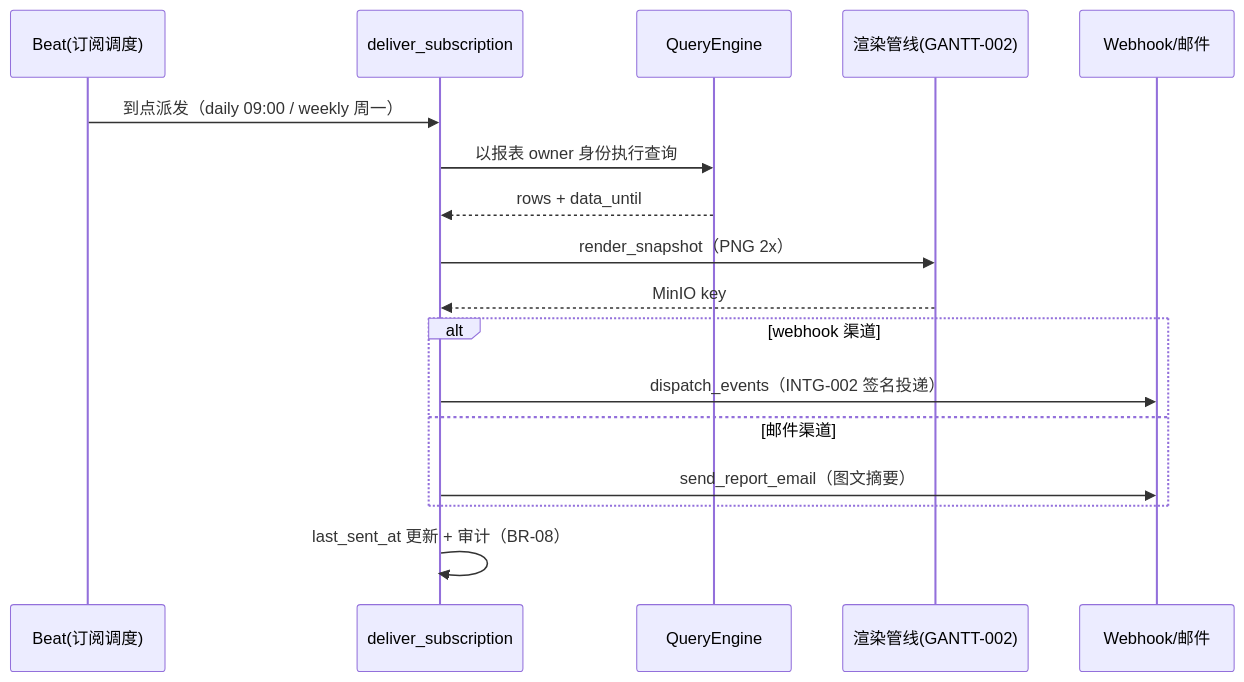
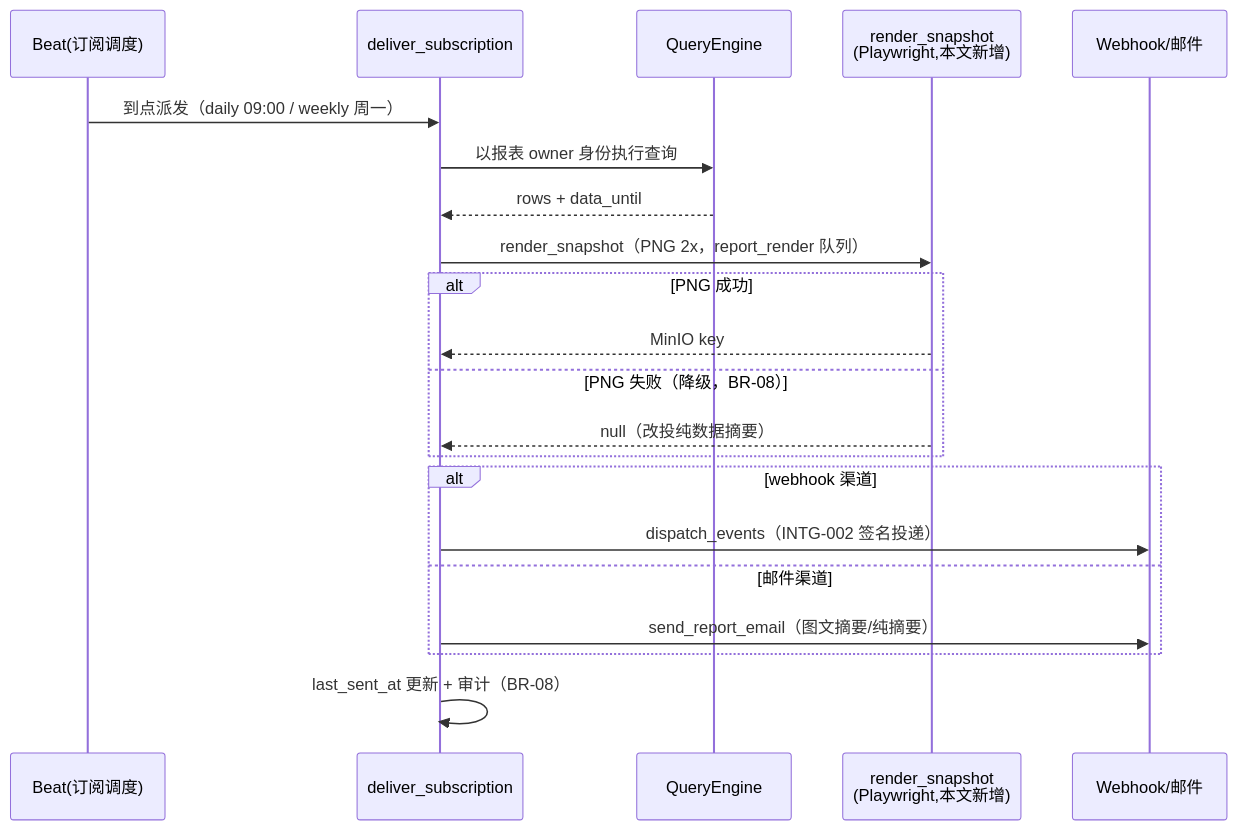
One commit to RabbitAI-Lab/RabbitProjects changed the second of 2 diagrams in docs/sprint-future-p4/RPT-005-dashboard.md. Above: the diagram before and after it, drawn with Mermaid. The commit also changed other lines of this file and 10 other files, not shown here.

````diff
--- a/docs/sprint-future-p4/RPT-005-dashboard.md
+++ b/docs/sprint-future-p4/RPT-005-dashboard.md
@@ -347,20 +364,24 @@
 ```mermaid
 sequenceDiagram
     participant B as Beat(订阅调度)
     participant T as deliver_subscription
     participant E as QueryEngine
-    participant R as 渲染管线(GANTT-002)
+    participant R as render_snapshot<br/>(Playwright,本文新增)
     participant W as Webhook/邮件
 
     B->>T: 到点派发（daily 09:00 / weekly 周一）
     T->>E: 以报表 owner 身份执行查询
     E-->>T: rows + data_until
-    T->>R: render_snapshot（PNG 2x）
-    R-->>T: MinIO key
+    T->>R: render_snapshot（PNG 2x，report_render 队列）
+    alt PNG 成功
+        R-->>T: MinIO key
+    else PNG 失败（降级，BR-08）
+        R-->>T: null（改投纯数据摘要）
+    end
     alt webhook 渠道
         T->>W: dispatch_events（INTG-002 签名投递）
     else 邮件渠道
-        T->>W: send_report_email（图文摘要）
+        T->>W: send_report_email（图文摘要/纯摘要）
     end
     T->>T: last_sent_at 更新 + 审计（BR-08）
 ```
````
